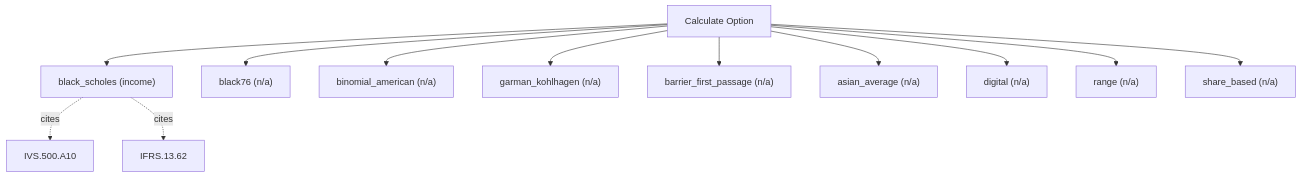
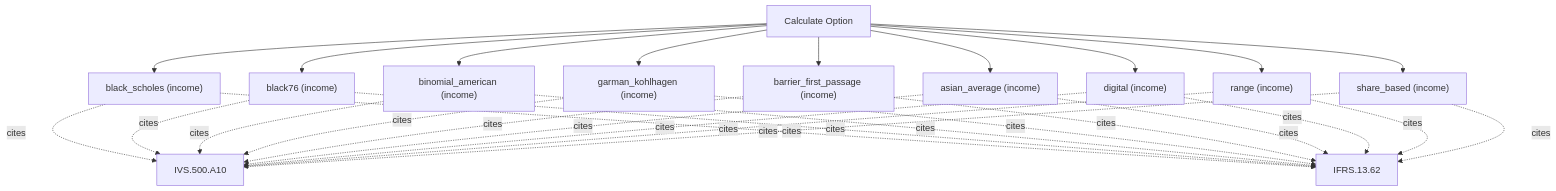
Before and after one commit to simonmak-ascent/fair-value: the diagram in docs/methods/calculate_option.md, drawn with Mermaid. The commit also changed other lines of this file and 18 other files, not shown here.

````diff
--- a/docs/methods/calculate_option.md
+++ b/docs/methods/calculate_option.md
@@ -5,15 +5,31 @@
 ```mermaid
 flowchart TD
   T[Calculate Option]
   T --> calculate_option_black_scholes["black_scholes (income)"]
   calculate_option_black_scholes -. cites .-> IVS_500_A10[IVS.500.A10]
   calculate_option_black_scholes -. cites .-> IFRS_13_62[IFRS.13.62]
-  T --> calculate_option_black76["black76 (n/a)"]
-  T --> calculate_option_binomial_american["binomial_american (n/a)"]
-  T --> calculate_option_garman_kohlhagen["garman_kohlhagen (n/a)"]
-  T --> calculate_option_barrier_first_passage["barrier_first_passage (n/a)"]
-  T --> calculate_option_asian_average["asian_average (n/a)"]
-  T --> calculate_option_digital["digital (n/a)"]
-  T --> calculate_option_range["range (n/a)"]
-  T --> calculate_option_share_based["share_based (n/a)"]
+  T --> calculate_option_black76["black76 (income)"]
+  calculate_option_black76 -. cites .-> IVS_500_A10[IVS.500.A10]
+  calculate_option_black76 -. cites .-> IFRS_13_62[IFRS.13.62]
+  T --> calculate_option_binomial_american["binomial_american (income)"]
+  calculate_option_binomial_american -. cites .-> IVS_500_A10[IVS.500.A10]
+  calculate_option_binomial_american -. cites .-> IFRS_13_62[IFRS.13.62]
+  T --> calculate_option_garman_kohlhagen["garman_kohlhagen (income)"]
+  calculate_option_garman_kohlhagen -. cites .-> IVS_500_A10[IVS.500.A10]
+  calculate_option_garman_kohlhagen -. cites .-> IFRS_13_62[IFRS.13.62]
+  T --> calculate_option_barrier_first_passage["barrier_first_passage (income)"]
+  calculate_option_barrier_first_passage -. cites .-> IVS_500_A10[IVS.500.A10]
+  calculate_option_barrier_first_passage -. cites .-> IFRS_13_62[IFRS.13.62]
+  T --> calculate_option_asian_average["asian_average (income)"]
+  calculate_option_asian_average -. cites .-> IVS_500_A10[IVS.500.A10]
+  calculate_option_asian_average -. cites .-> IFRS_13_62[IFRS.13.62]
+  T --> calculate_option_digital["digital (income)"]
+  calculate_option_digital -. cites .-> IVS_500_A10[IVS.500.A10]
+  calculate_option_digital -. cites .-> IFRS_13_62[IFRS.13.62]
+  T --> calculate_option_range["range (income)"]
+  calculate_option_range -. cites .-> IVS_500_A10[IVS.500.A10]
+  calculate_option_range -. cites .-> IFRS_13_62[IFRS.13.62]
+  T --> calculate_option_share_based["share_based (income)"]
+  calculate_option_share_based -. cites .-> IVS_500_A10[IVS.500.A10]
+  calculate_option_share_based -. cites .-> IFRS_13_62[IFRS.13.62]
 ```
````
